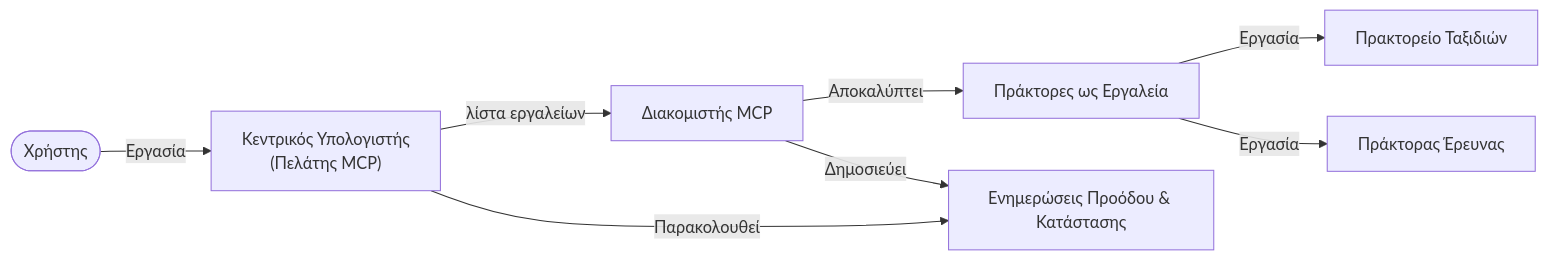
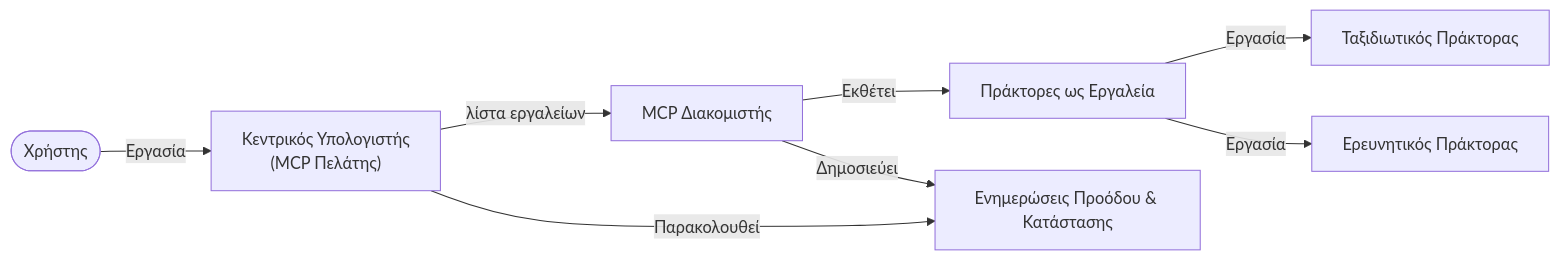
One commit to gabrielmoreira/agent-skills-mirror changed the fifth of 5 diagrams in mirrors/repos/microsoft@ai-agents-for-beginners/translations/el/11-agentic-protocols/code_samples/mcp-agents/README.md. Above: the diagram before and after it, drawn with Mermaid. The commit also changed other lines of this file and 4262 other files, not shown here.

````diff
--- a/mirrors/repos/microsoft@ai-agents-for-beginners/translations/el/11-agentic-protocols/code_samples/mcp-agents/README.md
+++ b/mirrors/repos/microsoft@ai-agents-for-beginners/translations/el/11-agentic-protocols/code_samples/mcp-agents/README.md
@@ -433,15 +448,15 @@
 ```mermaid
 graph LR
-    User([Χρήστης]) -->|"Εργασία"| Host["Κεντρικός Υπολογιστής<br/>(Πελάτης MCP)"]
-    Host -->|λίστα εργαλείων| Server[Διακομιστής MCP]
-    Server -->|Αποκαλύπτει| AgentsTools[Πράκτορες ως Εργαλεία]
-    AgentsTools -->|Εργασία| AgentA[Πρακτορείο Ταξιδιών]
-    AgentsTools -->|Εργασία| AgentB[Πράκτορας Έρευνας]
+    User([Χρήστης]) -->|"Εργασία"| Host["Κεντρικός Υπολογιστής<br/>(MCP Πελάτης)"]
+    Host -->|λίστα εργαλείων| Server[MCP Διακομιστής]
+    Server -->|Εκθέτει| AgentsTools[Πράκτορες ως Εργαλεία]
+    AgentsTools -->|Εργασία| AgentA[Ταξιδιωτικός Πράκτορας]
+    AgentsTools -->|Εργασία| AgentB[Ερευνητικός Πράκτορας]
 
     Host -->|Παρακολουθεί| StateUpdates[Ενημερώσεις Προόδου & Κατάστασης]
     Server -->|Δημοσιεύει| StateUpdates
 
     class User user;
     class AgentA,AgentB agent;
     class Host,Server,StateUpdates core;
 ```
````
